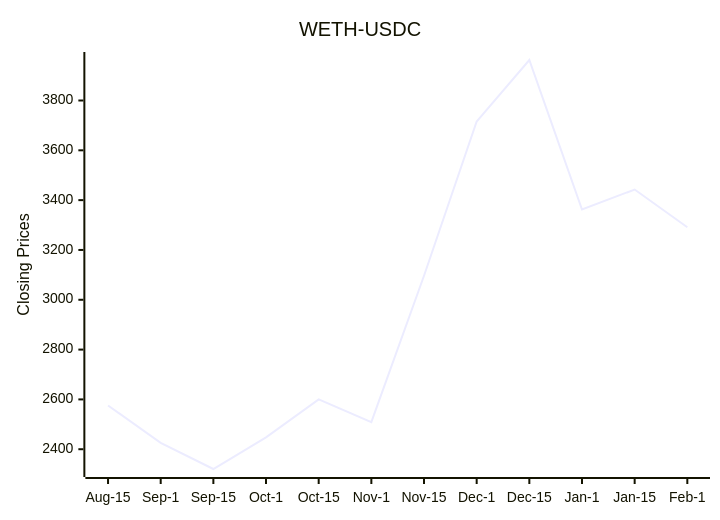
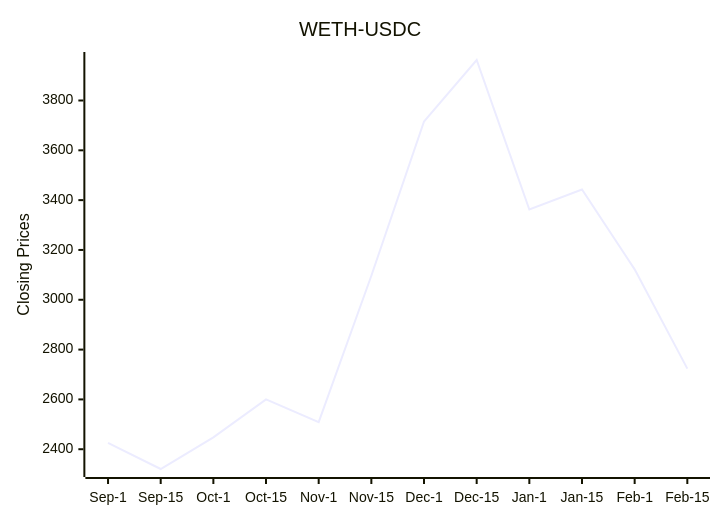
Before and after one commit to bicced/ReadmeCryptoPriceChart: the diagram in README.md, drawn with Mermaid.

Commit message:
Update README with latest DEX data

````diff
--- a/README.md
+++ b/README.md
@@ -6,7 +6,7 @@
 ```mermaid
 xychart-beta
   title "WETH-USDC"
-  x-axis [Aug-15,Sep-1,Sep-15,Oct-1,Oct-15,Nov-1,Nov-15,Dec-1,Dec-15,Jan-1,Jan-15,Feb-1]
+  x-axis [Sep-1,Sep-15,Oct-1,Oct-15,Nov-1,Nov-15,Dec-1,Dec-15,Jan-1,Jan-15,Feb-1,Feb-15]
   y-axis "Closing Prices" 2320.61761915807 --> 3962.56899349177
-  line [2575.67729986359,2425.60361929393,2320.61761915807,2447.67403957906,2600.26757373328,2508.72962693621,3096.49585789669,3715.59825684283,3962.56899349177,3362.281527969,3442.60666821535,3291.25]
+  line [2425.60361929393,2320.61761915807,2447.67403957906,2600.26757373328,2508.72962693621,3096.49585789669,3715.59825684283,3962.56899349177,3362.281527969,3442.60666821535,3122.15,2723.67]
 ```
````
